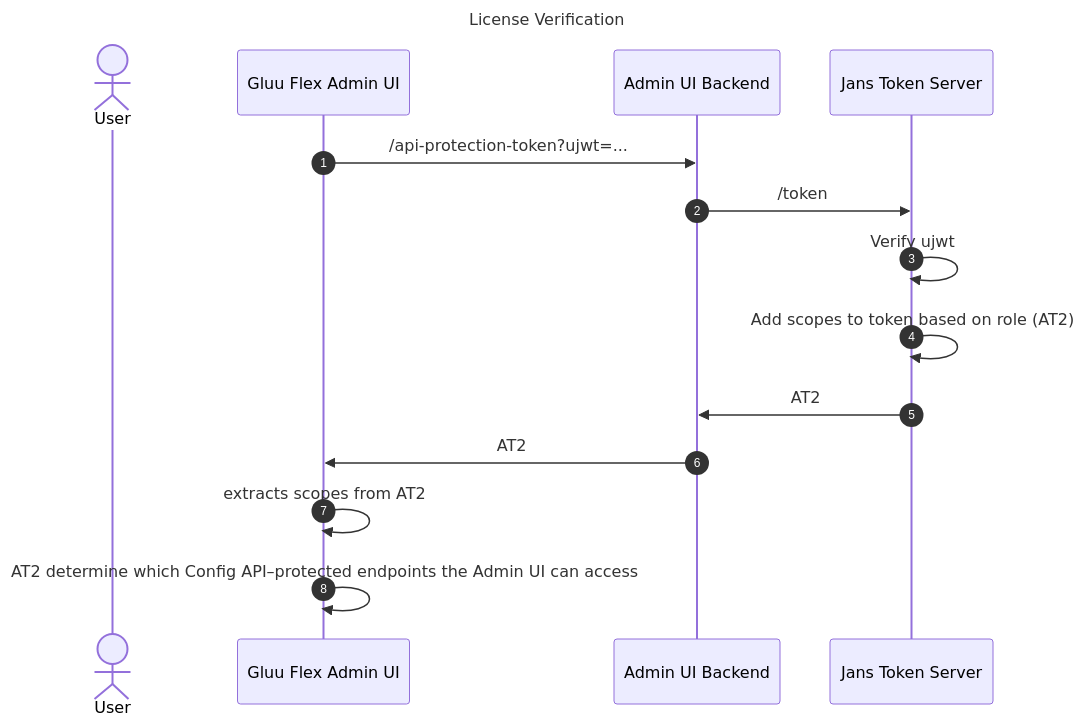
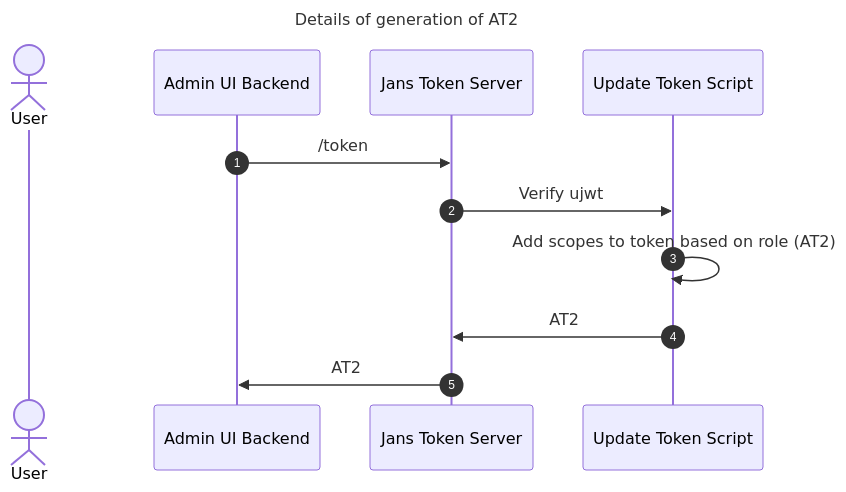
One commit to GluuFederation/flex changed the fourth of 4 diagrams in docs/admin/admin-ui/auth-server-interaction.md. Above: the diagram before and after it, drawn with Mermaid. The commit also changed other lines of this file, not shown here.

Commit message:
docs: update Accessing Config API section of docs

````diff
--- a/docs/admin/admin-ui/auth-server-interaction.md
+++ b/docs/admin/admin-ui/auth-server-interaction.md
@@ -105,16 +149,17 @@
 ```mermaid
 
 sequenceDiagram
-title License Verification
+title Details of generation of AT2
 autonumber
 actor User
+participant Backend as Admin UI Backend
+participant JansServer as Jans Token Server
+participant Script as Update Token Script
 
-Gluu Flex Admin UI->>Admin UI Backend: /api-protection-token?ujwt=...
-Admin UI Backend->>Jans Token Server: /token
-Jans Token Server->>Jans Token Server: Verify ujwt
-Jans Token Server->>Jans Token Server: Add scopes to token based on role (AT2)
-Jans Token Server->>Admin UI Backend: AT2
-Admin UI Backend->>Gluu Flex Admin UI: AT2
-Gluu Flex Admin UI->>Gluu Flex Admin UI:extracts scopes from AT2
-Gluu Flex Admin UI->>Gluu Flex Admin UI: AT2 determine which Config API–protected endpoints the Admin UI can access
+Backend->>JansServer: /token
+JansServer->>Script: Verify ujwt
+Script->>Script: Add scopes to token based on role (AT2)
+Script->>JansServer: AT2
+JansServer->>Backend: AT2
+
 ```
````
